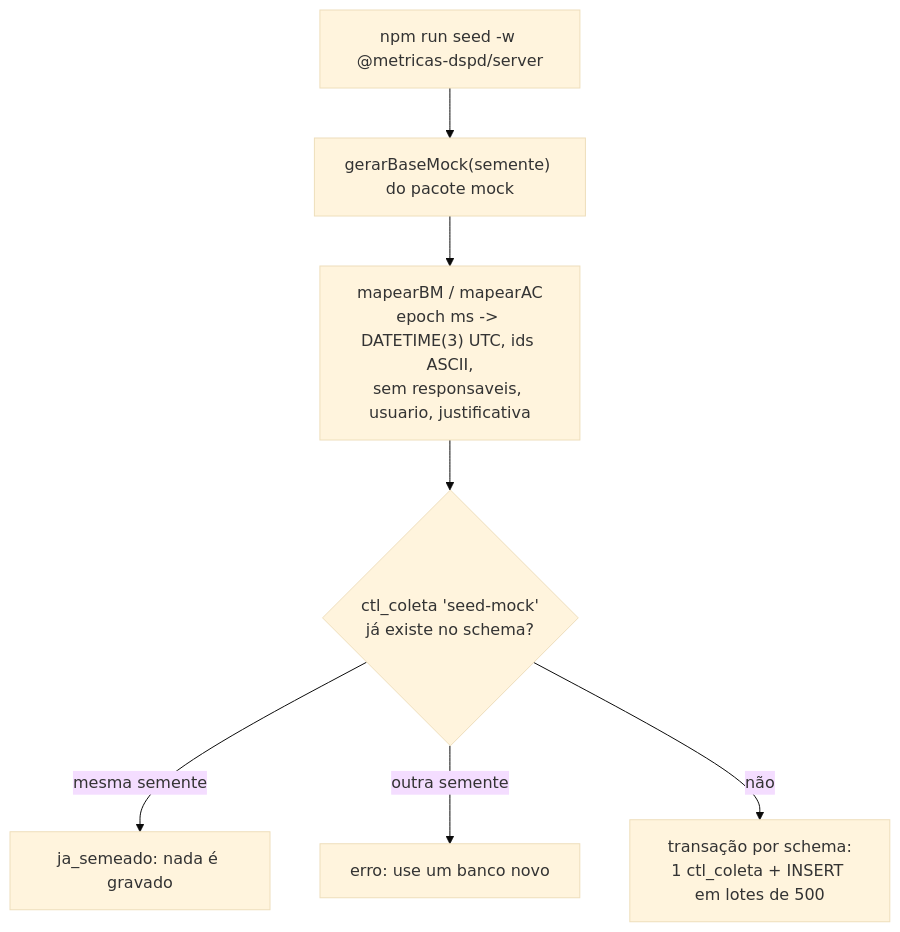
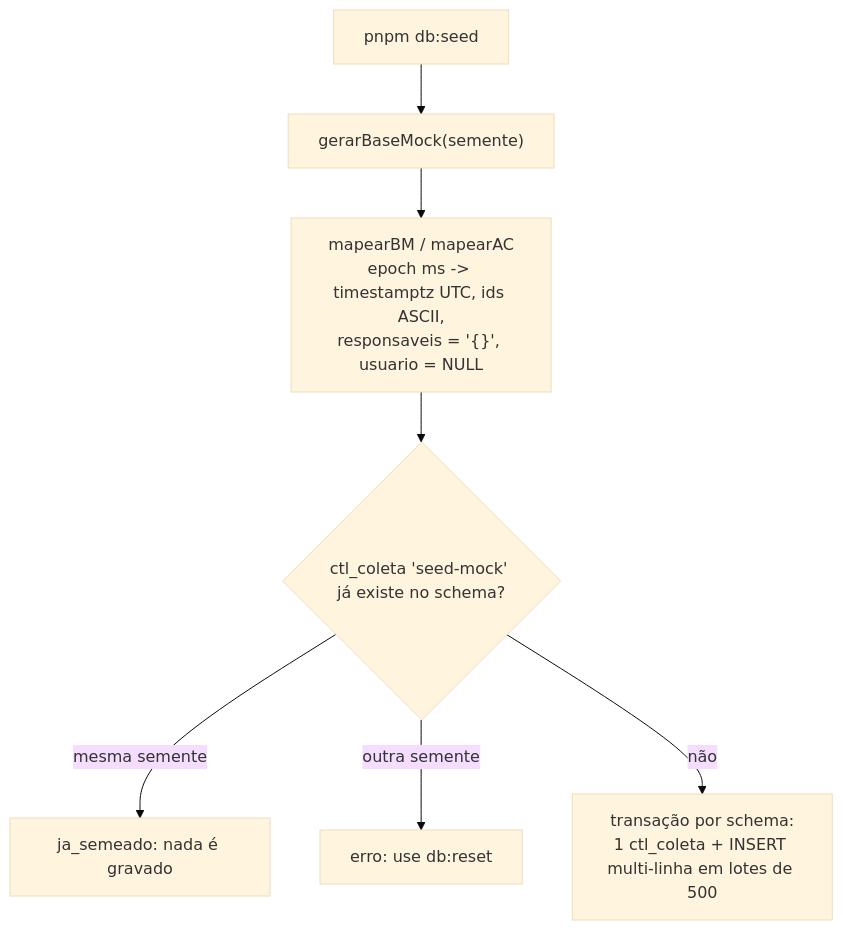
The third of 4 diagrams in docs/architecture/server.md (rodrigo-isensee/MetricasDSPD), drawn with Mermaid (base theme) before and after one commit. The commit also changed other lines of this file and 10 other files, not shown here.

````diff
--- a/docs/architecture/server.md
+++ b/docs/architecture/server.md
@@ -72,9 +67,9 @@
 ```mermaid
 flowchart TD
-  S["npm run seed -w @metricas-dspd/server"] --> G["gerarBaseMock(semente) do pacote mock"]
-  G --> M["mapearBM / mapearAC<br/>epoch ms -> DATETIME(3) UTC, ids ASCII,<br/>sem responsaveis, usuario, justificativa"]
-  M --> X{"ctl_coleta 'seed-mock'<br/>já existe no schema?"}
+  S["pnpm db:seed"] --> G["gerarBaseMock(semente)"]
+  G --> M["mapearBM / mapearAC<br/>epoch ms -> timestamptz UTC, ids ASCII,<br/>responsaveis = '{}', usuario = NULL"]
+  M --> X{"ctl_coleta 'seed-mock' já existe no schema?"}
   X -- "mesma semente" --> N["ja_semeado: nada é gravado"]
-  X -- "outra semente" --> R["erro: use um banco novo"]
-  X -- não --> T["transação por schema:<br/>1 ctl_coleta + INSERT em lotes de 500"]
+  X -- "outra semente" --> R["erro: use db:reset"]
+  X -- não --> T["transação por schema:<br/>1 ctl_coleta + INSERT multi-linha em lotes de 500"]
 ```
````
